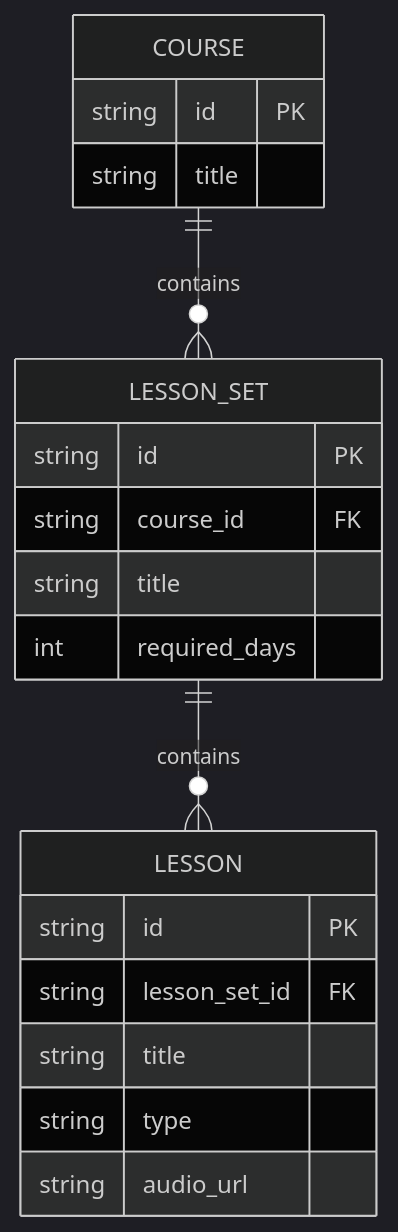
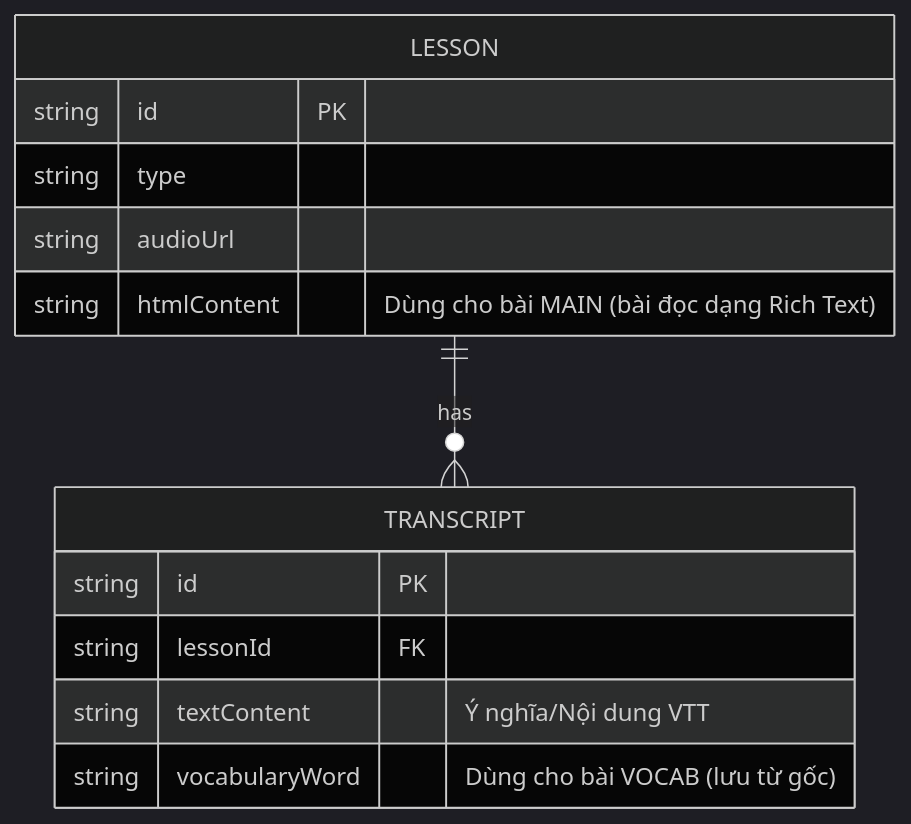
One commit to canhhungdev1/speak-up changed the second of 2 diagrams in docs/03-features/admin-lesson-management.md. Above: the diagram before and after it, drawn with Mermaid (dark theme). The commit also changed other lines of this file and 16 other files, not shown here.

````diff
--- a/docs/03-features/admin-lesson-management.md
+++ b/docs/03-features/admin-lesson-management.md
@@ -58,22 +54,16 @@
 ```mermaid
 erDiagram
-    COURSE ||--o{ LESSON_SET : contains
-    COURSE {
-        string id PK
-        string title
-    }
-    LESSON_SET ||--o{ LESSON : contains
-    LESSON_SET {
-        string id PK
-        string course_id FK
-        string title
-        int required_days
-    }
     LESSON {
         string id PK
-        string lesson_set_id FK
-        string title
         string type
-        string audio_url
+        string audioUrl
+        string htmlContent "Dùng cho bài MAIN (bài đọc dạng Rich Text)"
     }
+    TRANSCRIPT {
+        string id PK
+        string lessonId FK
+        string textContent "Ý nghĩa/Nội dung VTT"
+        string vocabularyWord "Dùng cho bài VOCAB (lưu từ gốc)"
+    }
+    LESSON ||--o{ TRANSCRIPT : has
 ```
````
